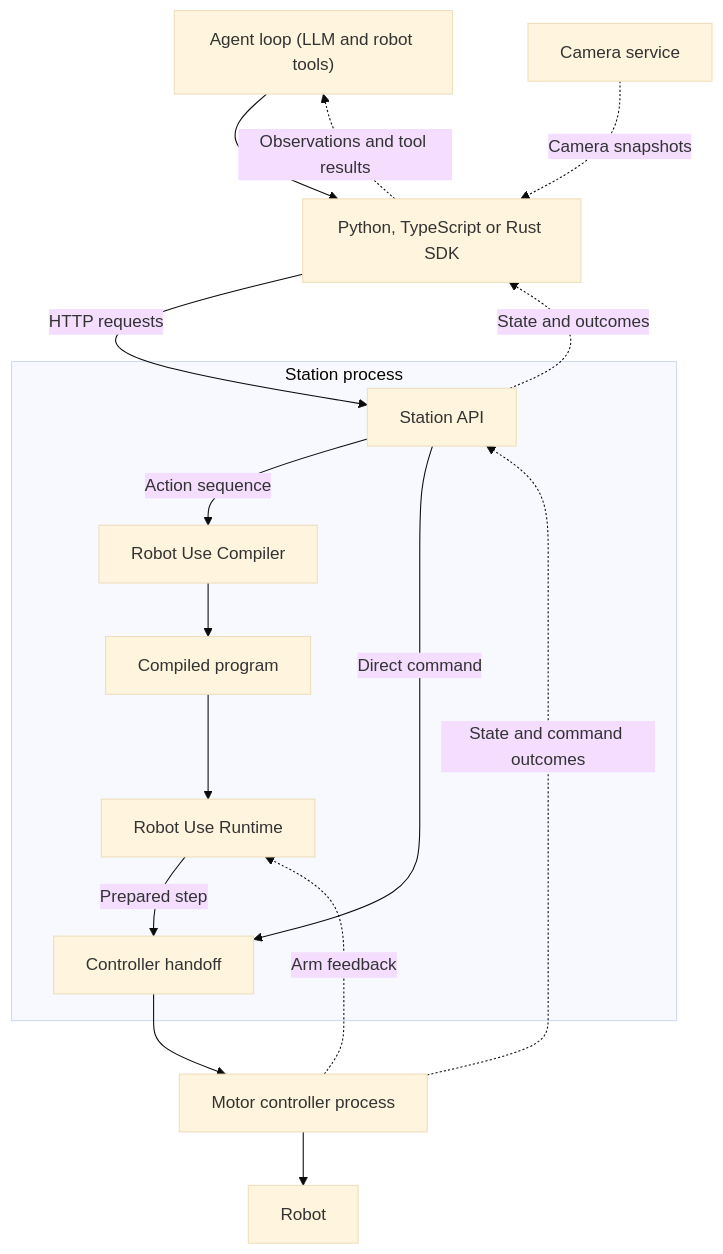
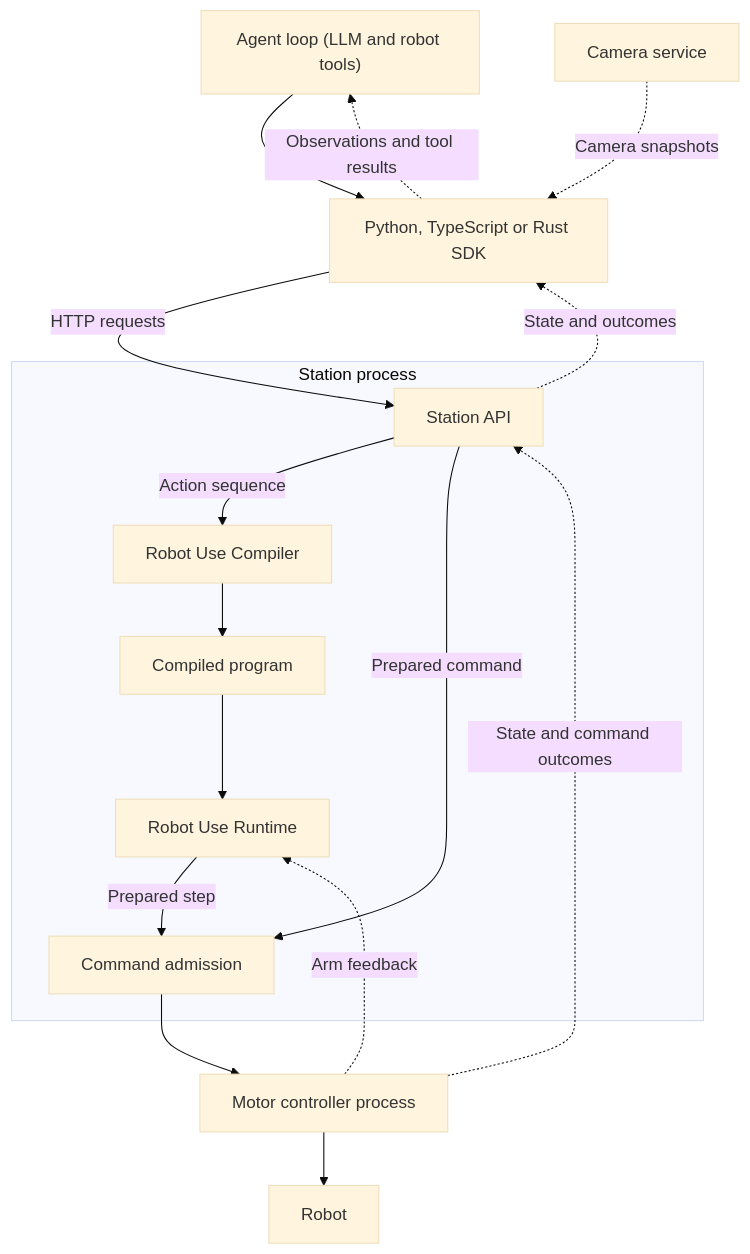
Before and after one commit to Hebbian-Robotics/rua: the diagram in docs/architecture.md, drawn with Mermaid (base theme). The commit also changed other lines of this file and 101 other files, not shown here.

````diff
--- a/docs/architecture.md
+++ b/docs/architecture.md
@@ -14,21 +14,21 @@
 ```mermaid
 flowchart TB
     Agent["Agent loop (LLM and robot tools)"] --> SDK["Python, TypeScript or Rust SDK"]
     SDK -->|"HTTP requests"| API
 
     subgraph Station["Station process"]
         API["Station API"] -->|"Action sequence"| Compiler["Robot Use Compiler"]
         Compiler --> Artifact["Compiled program"]
         Artifact --> Runtime["Robot Use Runtime"]
-        Runtime -->|"Prepared step"| Handoff["Controller handoff"]
-        API -->|"Direct command"| Handoff
+        Runtime -->|"Prepared step"| Admission["Command admission"]
+        API -->|"Prepared command"| Admission
     end
 
-    Handoff --> Controller["Motor controller process"]
+    Admission --> Controller["Motor controller process"]
     Controller --> Robot["Robot"]
     Controller -.->|"Arm feedback"| Runtime
     Controller -.->|"State and command outcomes"| API
     API -.->|"State and outcomes"| SDK
     Media["Camera service"] -.->|"Camera snapshots"| SDK
     SDK -.->|"Observations and tool results"| Agent
 ```
````
